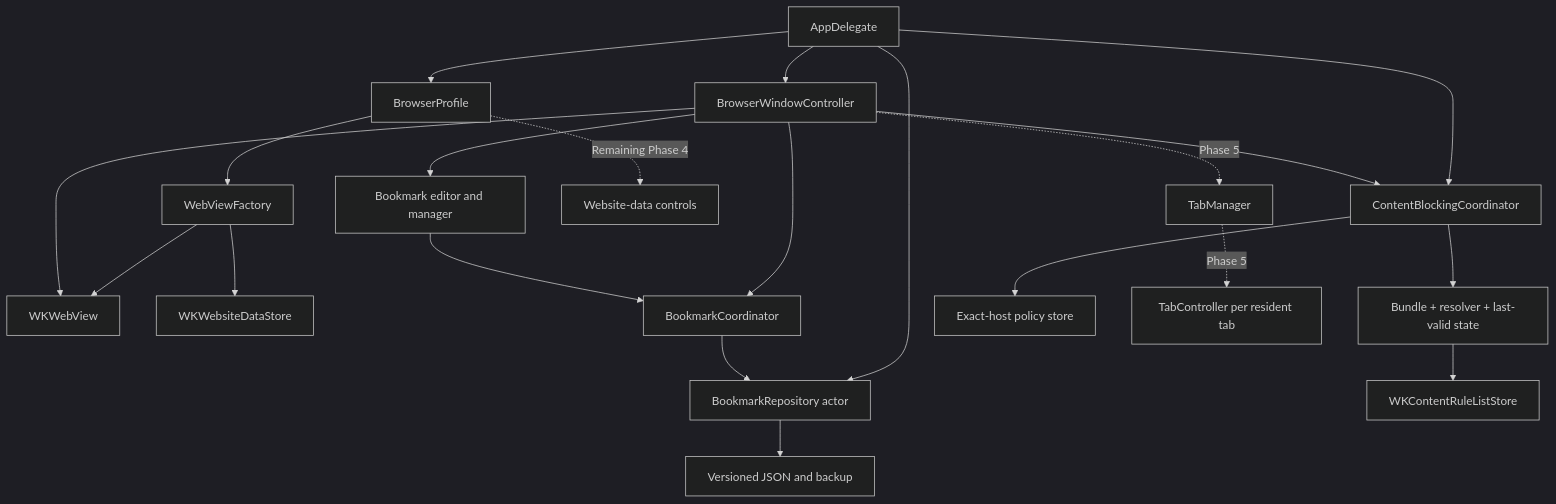
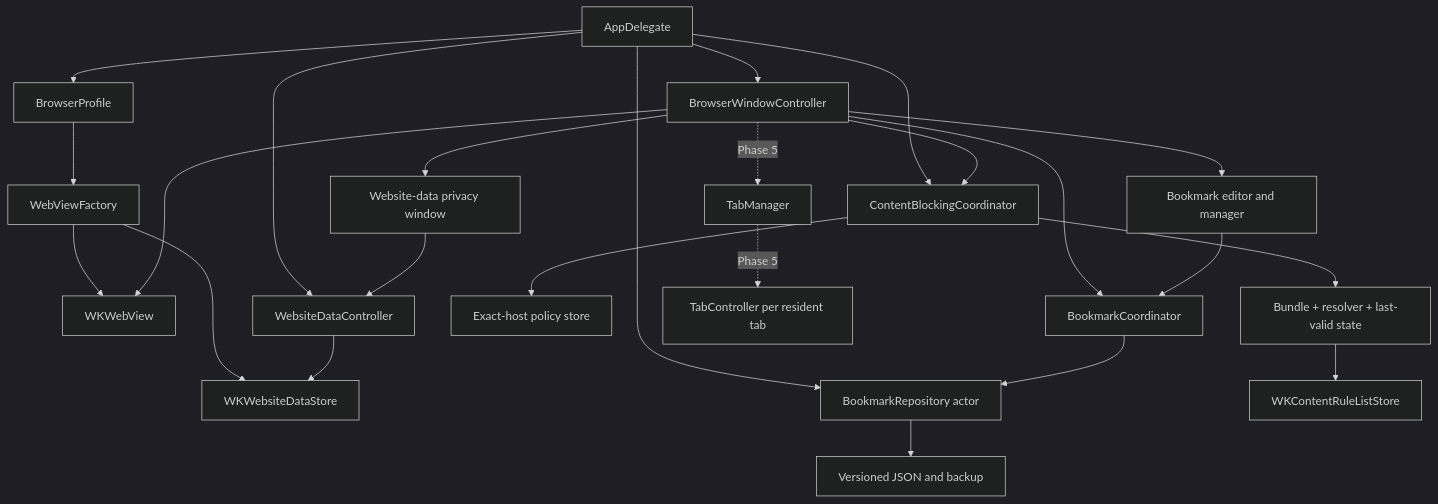
One commit to utpalchakraborty/browser changed the diagram in docs/architecture.md. Above: the diagram before and after it, drawn with Mermaid (dark theme). The commit also changed other lines of this file and 28 other files, not shown here.

Commit message:
Complete Phase 4 privacy controls and release gates

```diff
--- a/docs/architecture.md
+++ b/docs/architecture.md
@@ -100,26 +99,29 @@
 ~~~mermaid
 flowchart TD
     App[AppDelegate] --> Window[BrowserWindowController]
     App --> Profile[BrowserProfile]
     Profile --> Factory[WebViewFactory]
     Factory --> Web[WKWebView]
     Factory --> Store[WKWebsiteDataStore]
     Window --> Web
 
     App --> Repository[BookmarkRepository actor]
     Window --> Coordinator[BookmarkCoordinator]
     Window --> BookmarkUI[Bookmark editor and manager]
     BookmarkUI --> Coordinator
     Coordinator --> Repository
     Repository --> Files[Versioned JSON and backup]
 
     App --> Blocking[ContentBlockingCoordinator]
     Blocking --> Resolver[Bundle + resolver + last-valid state]
     Blocking --> SitePolicy[Exact-host policy store]
     Resolver --> RuleStore[WKContentRuleListStore]
     Window --> Blocking
 
-    Profile -. Remaining Phase 4 .-> PrivacyUI[Website-data controls]
+    App --> DataController[WebsiteDataController]
+    DataController --> Store
+    Window --> PrivacyUI[Website-data privacy window]
+    PrivacyUI --> DataController
     Window -. Phase 5 .-> Tabs[TabManager]
     Tabs -. Phase 5 .-> Tab[TabController per resident tab]
 ~~~
```
